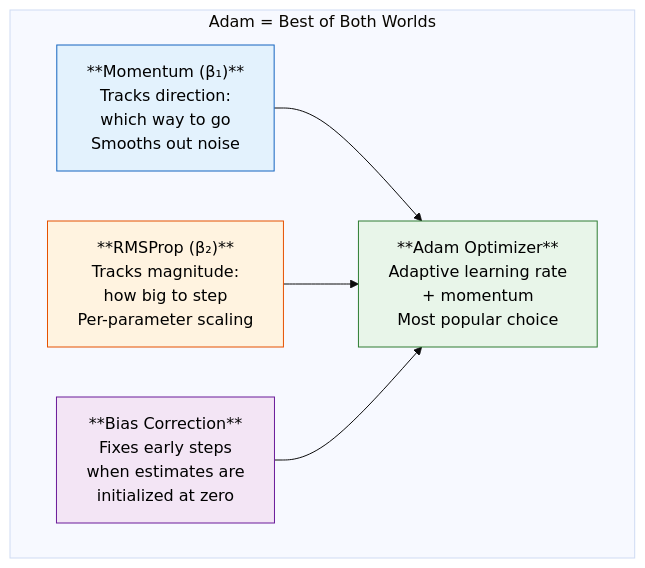
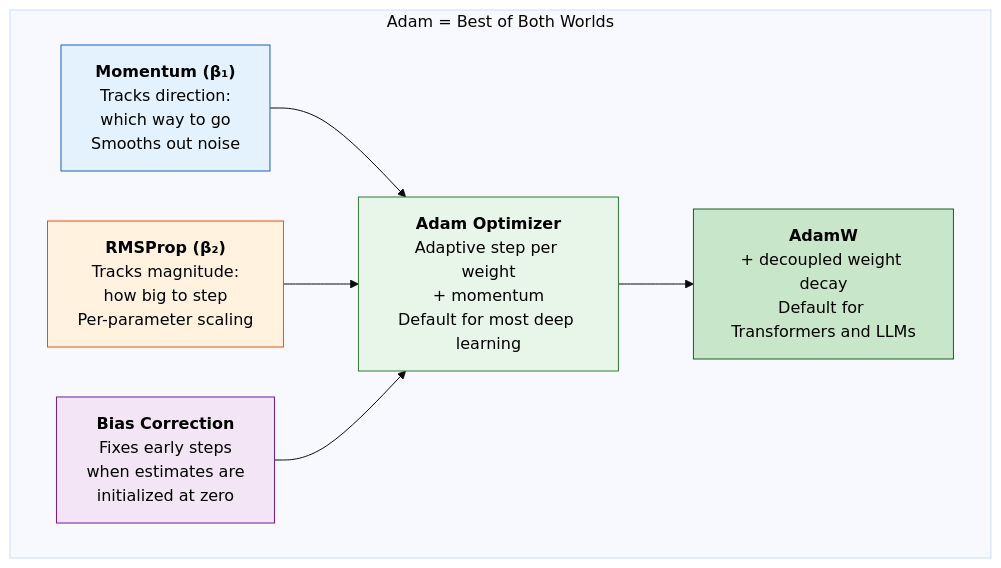
Before and after one commit to Hmago/ml4: the sixth of 47 diagrams in content/34_google_top10_ml_interview.md, drawn with Mermaid (base theme). The commit also changed other lines of this file and 59 other files, not shown here.

````diff
--- a/content/34_google_top10_ml_interview.md
+++ b/content/34_google_top10_ml_interview.md
@@ -407,13 +454,15 @@
 ```mermaid
 graph TD
     subgraph "Adam = Best of Both Worlds"
-        MOM["**Momentum (β₁)**<br/>Tracks direction:<br/>which way to go<br/>Smooths out noise"] --> ADAM["**Adam Optimizer**<br/>Adaptive learning rate<br/>+ momentum<br/>Most popular choice"]
-        RMS["**RMSProp (β₂)**<br/>Tracks magnitude:<br/>how big to step<br/>Per-parameter scaling"] --> ADAM
-        BC["**Bias Correction**<br/>Fixes early steps<br/>when estimates are<br/>initialized at zero"] --> ADAM
+        MOM["<b>Momentum (β₁)</b><br/>Tracks direction:<br/>which way to go<br/>Smooths out noise"] --> ADAM["<b>Adam Optimizer</b><br/>Adaptive step per weight<br/>+ momentum<br/>Default for most deep learning"]
+        RMS["<b>RMSProp (β₂)</b><br/>Tracks magnitude:<br/>how big to step<br/>Per-parameter scaling"] --> ADAM
+        BC["<b>Bias Correction</b><br/>Fixes early steps<br/>when estimates are<br/>initialized at zero"] --> ADAM
+        ADAM --> ADAMW["<b>AdamW</b><br/>+ decoupled weight decay<br/>Default for Transformers and LLMs"]
     end
 
     style MOM fill:#e3f2fd,stroke:#1565c0,color:#000
     style RMS fill:#fff3e0,stroke:#e65100,color:#000
     style BC fill:#f3e5f5,stroke:#6a1b9a,color:#000
     style ADAM fill:#e8f5e9,stroke:#2e7d32,color:#000
+    style ADAMW fill:#c8e6c9,stroke:#1b5e20,color:#000
 ```
````
